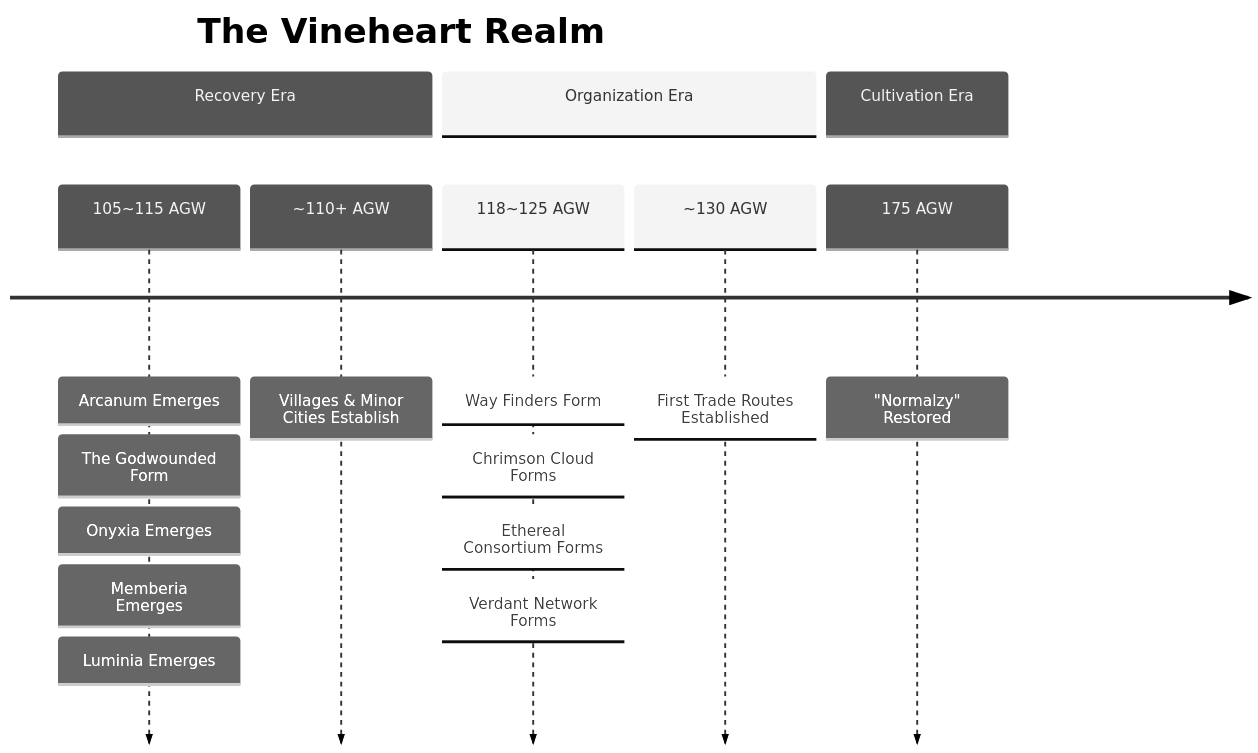
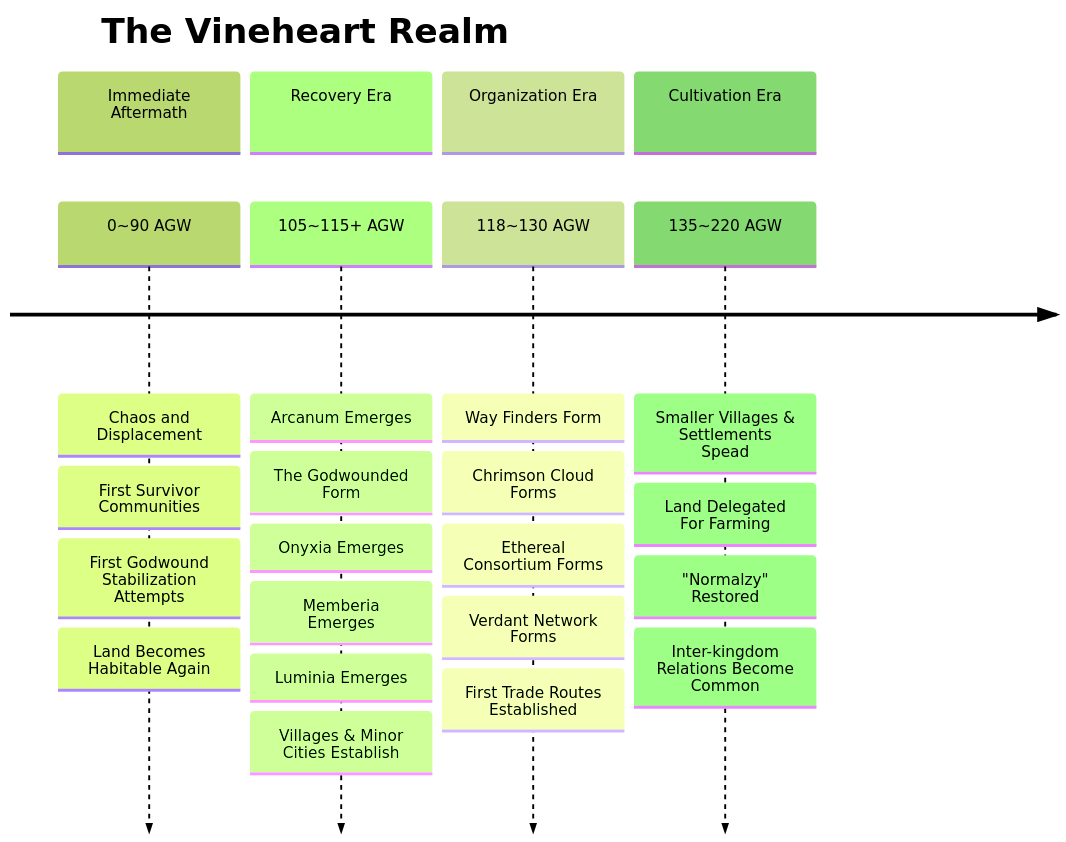
One commit to KrakenIsHere/The-Vineheart-Realm changed the second of 4 diagrams in 0. World/The Timelines.md. Above: the diagram before and after it, drawn with Mermaid. The commit also changed other lines of this file, not shown here.

First line of the commit message:
Expand and refine timeline details in The Timelines.md

````diff
--- a/0. World/The Timelines.md
+++ b/0. World/The Timelines.md
@@ -19,13 +21,14 @@
 ```mermaid
-%%{init: {'theme':'neutral'}}%%
+%%{init: {'theme':'forest'}}%%
 timeline
     title The Vineheart Realm
+	section Immediate Aftermath
+		0~90 AGW   : Chaos and Displacement : First Survivor Communities : First Godwound Stabilization Attempts : Land Becomes Habitable Again
 	section Recovery Era
-		105~115 AGW : Arcanum Emerges : The Godwounded Form : Onyxia Emerges : Memberia Emerges : Luminia Emerges
-		~110+ AGW   : Villages & Minor Cities Establish
+		105~115+ AGW : Arcanum Emerges : The Godwounded Form : Onyxia Emerges : Memberia Emerges : Luminia Emerges : Villages & Minor Cities Establish
 	section Organization Era
-		118~125 AGW : Way Finders Form : Chrimson Cloud Forms : Ethereal Consortium Forms : Verdant Network Forms
-		~130 AGW    : First Trade Routes Established
+		118~130 AGW : Way Finders Form : Chrimson Cloud Forms : Ethereal Consortium Forms : Verdant Network Forms : First Trade Routes Established
 	section Cultivation Era
-		 175 AGW : "Normalzy" Restored
+		135~220 AGW : Smaller Villages & Settlements Spead : Land Delegated For Farming : "Normalzy" Restored : Inter-kingdom Relations Become Common
+		 
 ```
````
